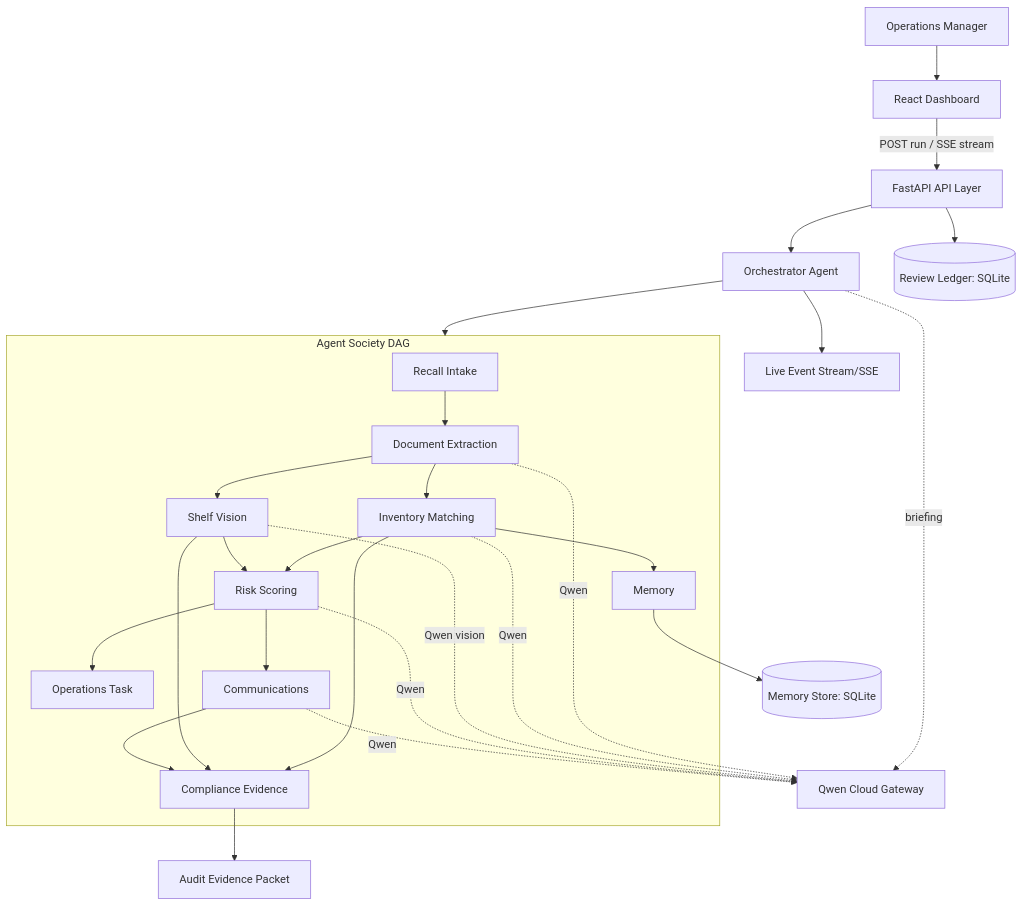
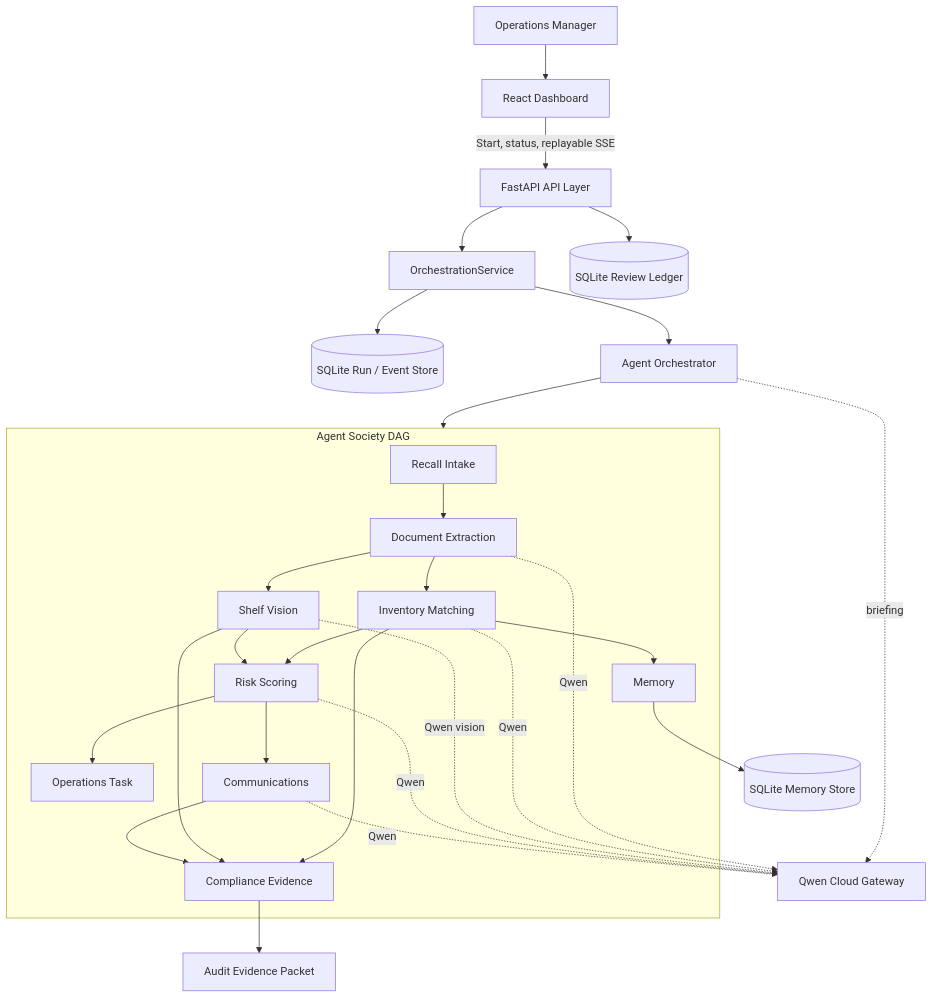
One commit to ankitranjan-dsai/batchhelm-ai changed the diagram in docs/architecture.md. Above: the diagram before and after it, drawn with Mermaid. The commit also changed other lines of this file and 11 other files, not shown here.

Commit message:
docs: document durable Agent Mission Control

````diff
--- a/docs/architecture.md
+++ b/docs/architecture.md
@@ -11,32 +11,33 @@
 ```mermaid
 flowchart TB
-    User[Operations Manager] --> Web[React Dashboard]
-    Web -->|POST run / SSE stream| API[FastAPI API Layer]
-    API --> Orch[Orchestrator Agent]
+    User["Operations Manager"] --> Web["React Dashboard"]
+    Web -->|"Start, status, replayable SSE"| API["FastAPI API Layer"]
+    API --> RunService["OrchestrationService"]
+    RunService --> RunStore[("SQLite Run / Event Store")]
+    RunService --> Orch["Agent Orchestrator"]
 
-    subgraph Society[Agent Society DAG]
-        Intake[Recall Intake] --> Extract[Document Extraction]
-        Extract --> Match[Inventory Matching]
-        Extract --> Vision[Shelf Vision]
-        Match --> Risk[Risk Scoring]
+    subgraph Society["Agent Society DAG"]
+        Intake["Recall Intake"] --> Extract["Document Extraction"]
+        Extract --> Match["Inventory Matching"]
+        Extract --> Vision["Shelf Vision"]
+        Match --> Risk["Risk Scoring"]
         Vision --> Risk
-        Match --> Mem[Memory]
-        Risk --> Ops[Operations Task]
-        Risk --> Comms[Communications]
-        Match --> Comp[Compliance Evidence]
+        Match --> Mem["Memory"]
+        Risk --> Ops["Operations Task"]
+        Risk --> Comms["Communications"]
+        Match --> Comp["Compliance Evidence"]
         Vision --> Comp
         Comms --> Comp
     end
 
     Orch --> Society
-    Extract -. Qwen .-> Qwen[Qwen Cloud Gateway]
+    Extract -. Qwen .-> Qwen["Qwen Cloud Gateway"]
     Match -. Qwen .-> Qwen
     Vision -. Qwen vision .-> Qwen
     Risk -. Qwen .-> Qwen
     Comms -. Qwen .-> Qwen
     Orch -. briefing .-> Qwen
-    Mem --> MemDB[(Memory Store: SQLite)]
-    Orch --> Events[Live Event Stream/SSE]
-    Comp --> Packet[Audit Evidence Packet]
-    API --> Ledger[(Review Ledger: SQLite)]
+    Mem --> MemDB[("SQLite Memory Store")]
+    Comp --> Packet["Audit Evidence Packet"]
+    API --> Ledger[("SQLite Review Ledger")]
 ```
````
